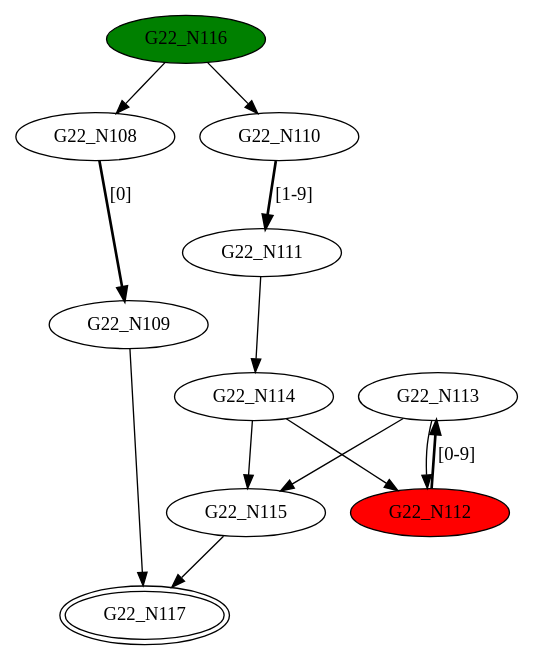
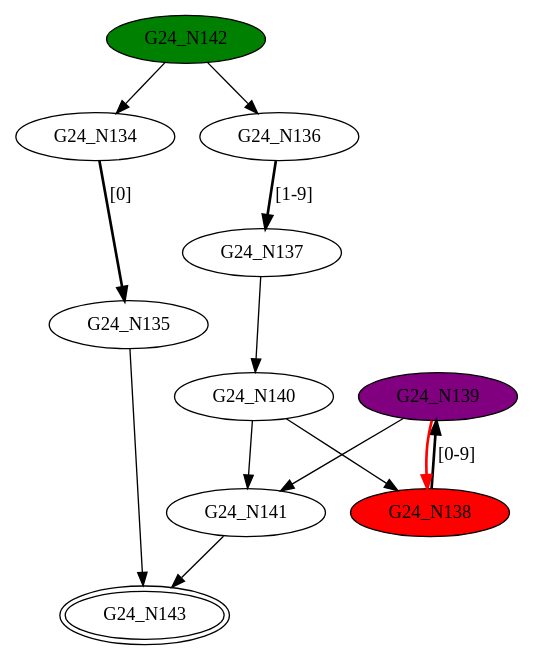
One commit to GDimitroulakos/EDUFLEX changed the diagram in DFASimulator/Testbench/merge3.dot. Above: the diagram before and after it, drawn with Graphviz. The commit also changed 52 other files, not shown here.

Commit message:
Identify loops in the thompson algorithm generated NFA and expose it via coloring in the graphviz NFA graph

```diff
--- a/DFASimulator/Testbench/merge3.dot
+++ b/DFASimulator/Testbench/merge3.dot
@@ -1,24 +1,24 @@
-digraph G22{
-"G22_N108";
-"G22_N109";
-"G22_N110";
-"G22_N111";
-"G22_N112" [style=filled,fillcolor=red];
-"G22_N113";
-"G22_N114";
-"G22_N115";
-"G22_N116" [style=filled,fillcolor=green];
-"G22_N117" [peripheries=2];
-"G22_N108"->"G22_N109" [style = bold, label = "[0]"];
-"G22_N110"->"G22_N111" [style = bold, label = "[1-9]"];
-"G22_N112"->"G22_N113" [style = bold, label = "[0-9]"];
-"G22_N114"->"G22_N112";
-"G22_N113"->"G22_N115";
-"G22_N114"->"G22_N115";
-"G22_N113"->"G22_N112";
-"G22_N111"->"G22_N114";
-"G22_N116"->"G22_N108";
-"G22_N116"->"G22_N110";
-"G22_N115"->"G22_N117";
-"G22_N109"->"G22_N117";
+digraph G24{
+"G24_N134";
+"G24_N135";
+"G24_N136";
+"G24_N137";
+"G24_N138" [style=filled,fillcolor=red];
+"G24_N139" [style=filled,fillcolor=purple];
+"G24_N140";
+"G24_N141";
+"G24_N142" [style=filled,fillcolor=green];
+"G24_N143" [peripheries=2];
+"G24_N134"->"G24_N135" [style = bold, label = "[0]"];
+"G24_N136"->"G24_N137" [style = bold, label = "[1-9]"];
+"G24_N138"->"G24_N139" [style = bold, label = "[0-9]"];
+"G24_N140"->"G24_N138";
+"G24_N139"->"G24_N141";
+"G24_N140"->"G24_N141";
+"G24_N139"->"G24_N138" [color=red,style = bold, label = ""];
+"G24_N137"->"G24_N140";
+"G24_N142"->"G24_N134";
+"G24_N142"->"G24_N136";
+"G24_N141"->"G24_N143";
+"G24_N135"->"G24_N143";
 }
```
